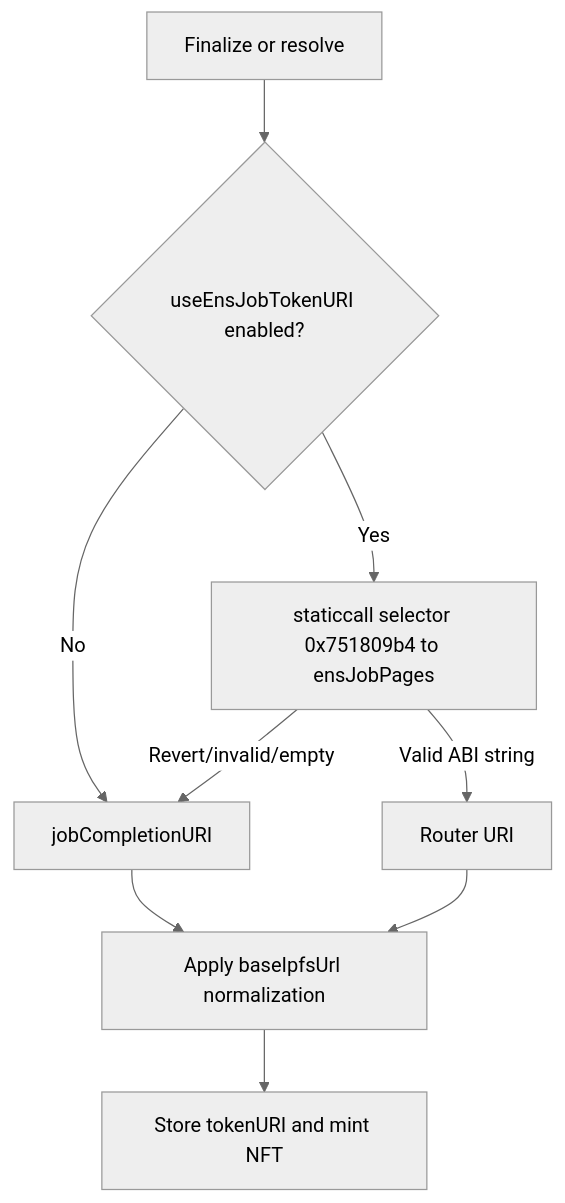
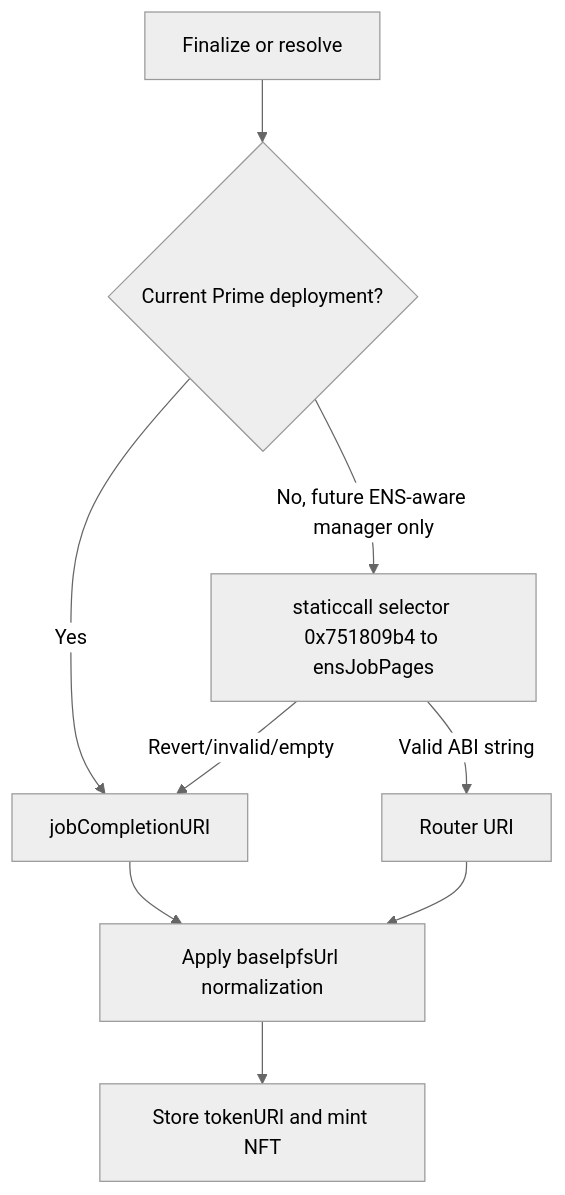
One commit to MontrealAI/AGIJobManagerPrime changed the second of 2 diagrams in docs/OPERATIONS/JOB_LIFECYCLE_AND_NFT_RUNBOOK.md. Above: the diagram before and after it, drawn with Mermaid (neutral theme). The commit also changed 19 other files, not shown here.

````diff
--- a/docs/OPERATIONS/JOB_LIFECYCLE_AND_NFT_RUNBOOK.md
+++ b/docs/OPERATIONS/JOB_LIFECYCLE_AND_NFT_RUNBOOK.md
@@ -35,11 +35,11 @@
 ```mermaid
 flowchart TD
-    A[Finalize or resolve] --> B{useEnsJobTokenURI enabled?}
-    B -->|No| C[jobCompletionURI]
-    B -->|Yes| D[staticcall selector 0x751809b4 to ensJobPages]
+    A[Finalize or resolve] --> B{Current Prime deployment?}
+    B -->|Yes| C[jobCompletionURI]
+    B -->|No, future ENS-aware manager only| D[staticcall selector 0x751809b4 to ensJobPages]
     D -->|Valid ABI string| E[Router URI]
-    D -->|Revert/invalid/empty| C[jobCompletionURI]
+    D -->|Revert/invalid/empty| C
     C --> F[Apply baseIpfsUrl normalization]
     E --> F
     F --> G[Store tokenURI and mint NFT]
 ```
````
